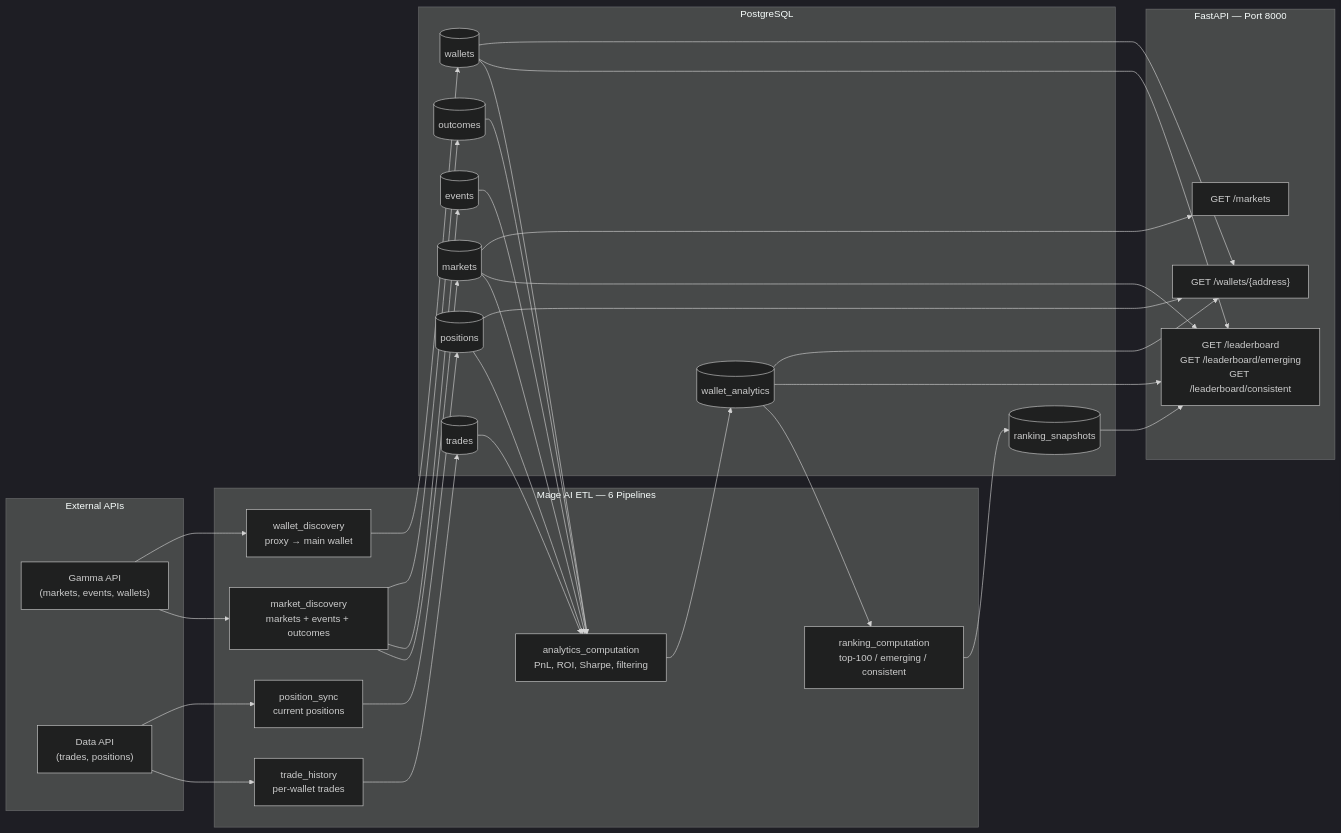
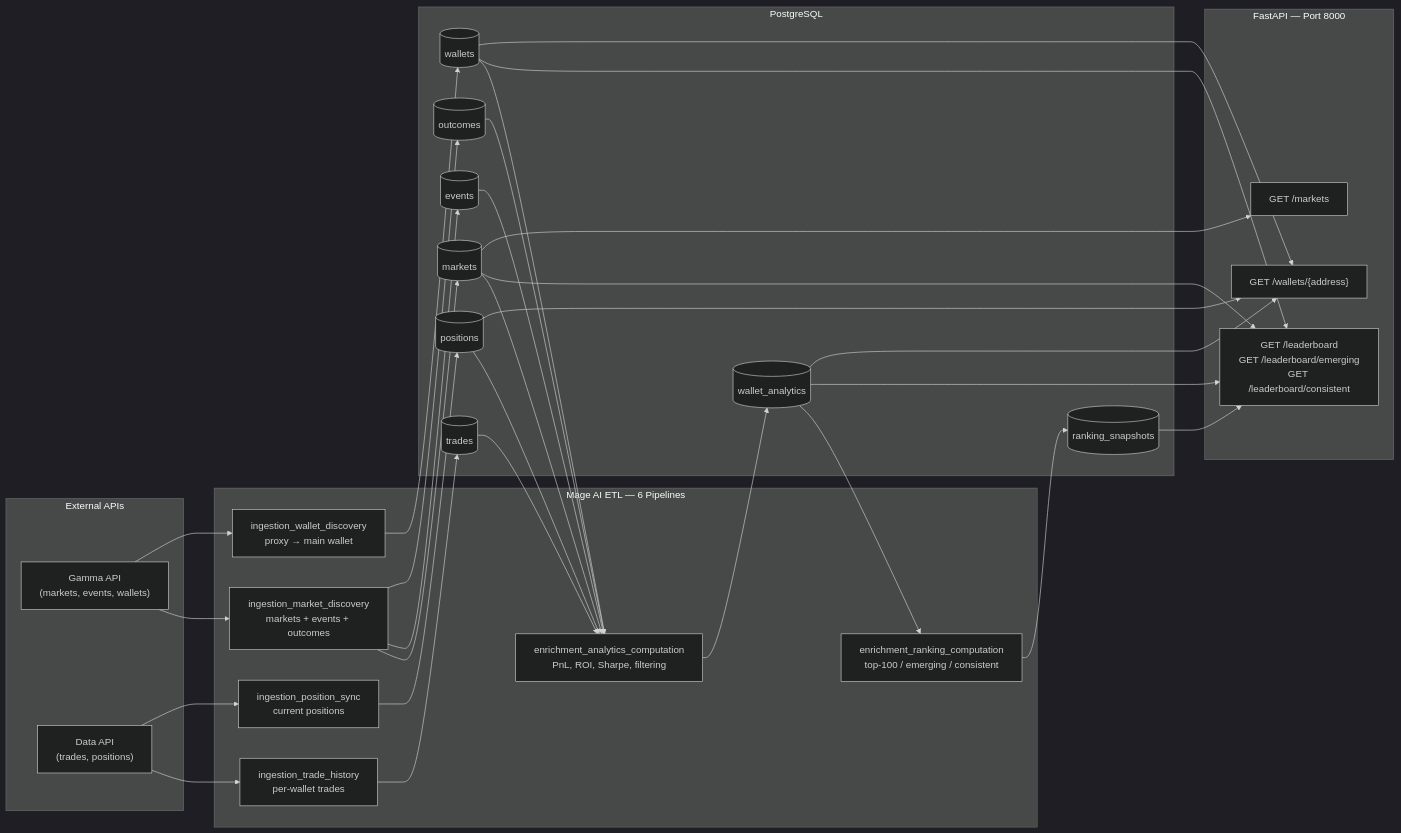
One commit to AntoineROYERB/polymarketpricer changed the diagram in README.md. Above: the diagram before and after it, drawn with Mermaid (dark theme). The commit also changed 38 other files, not shown here.

First line of the commit message:
refactor: prefix pipeline names by ingestion/enrichment type

````diff
--- a/README.md
+++ b/README.md
@@ -13,49 +13,49 @@
 ```mermaid
 flowchart LR
     subgraph APIs["External APIs"]
         GAMMA["Gamma API<br/>(markets, events, wallets)"]
         DATA["Data API<br/>(trades, positions)"]
     end
 
     subgraph ETL["Mage AI ETL — 6 Pipelines"]
-        MD["market_discovery<br/>markets + events + outcomes"]
-        WD["wallet_discovery<br/>proxy → main wallet"]
-        TH["trade_history<br/>per-wallet trades"]
-        PS["position_sync<br/>current positions"]
-        AC["analytics_computation<br/>PnL, ROI, Sharpe, filtering"]
-        RC["ranking_computation<br/>top-100 / emerging / consistent"]
+        MD["ingestion_market_discovery<br/>markets + events + outcomes"]
+        WD["ingestion_wallet_discovery<br/>proxy → main wallet"]
+        TH["ingestion_trade_history<br/>per-wallet trades"]
+        PS["ingestion_position_sync<br/>current positions"]
+        AC["enrichment_analytics_computation<br/>PnL, ROI, Sharpe, filtering"]
+        RC["enrichment_ranking_computation<br/>top-100 / emerging / consistent"]
     end
 
     subgraph DB["PostgreSQL"]
         MKT[(markets)]
         EVT[(events)]
         OUTC[(outcomes)]
         WAL[(wallets)]
         TRD[(trades)]
         POS[(positions)]
         WA[(wallet_analytics)]
         RS[(ranking_snapshots)]
     end
 
     subgraph API["FastAPI — Port 8000"]
         LB["GET /leaderboard<br/>GET /leaderboard/emerging<br/>GET /leaderboard/consistent"]
         WP["GET /wallets/{address}"]
         MK["GET /markets"]
     end
 
     GAMMA --> MD
     GAMMA --> WD
     DATA --> TH
     DATA --> PS
     MD --> MKT & EVT & OUTC
     WD --> WAL
     TH --> TRD
     PS --> POS
     MKT & EVT & OUTC & WAL & TRD & POS --> AC
     AC --> WA
     WA --> RC
     RC --> RS
     MKT & WAL & WA & RS --> LB
     WAL & WA & POS --> WP
     MKT --> MK
 ```
````
